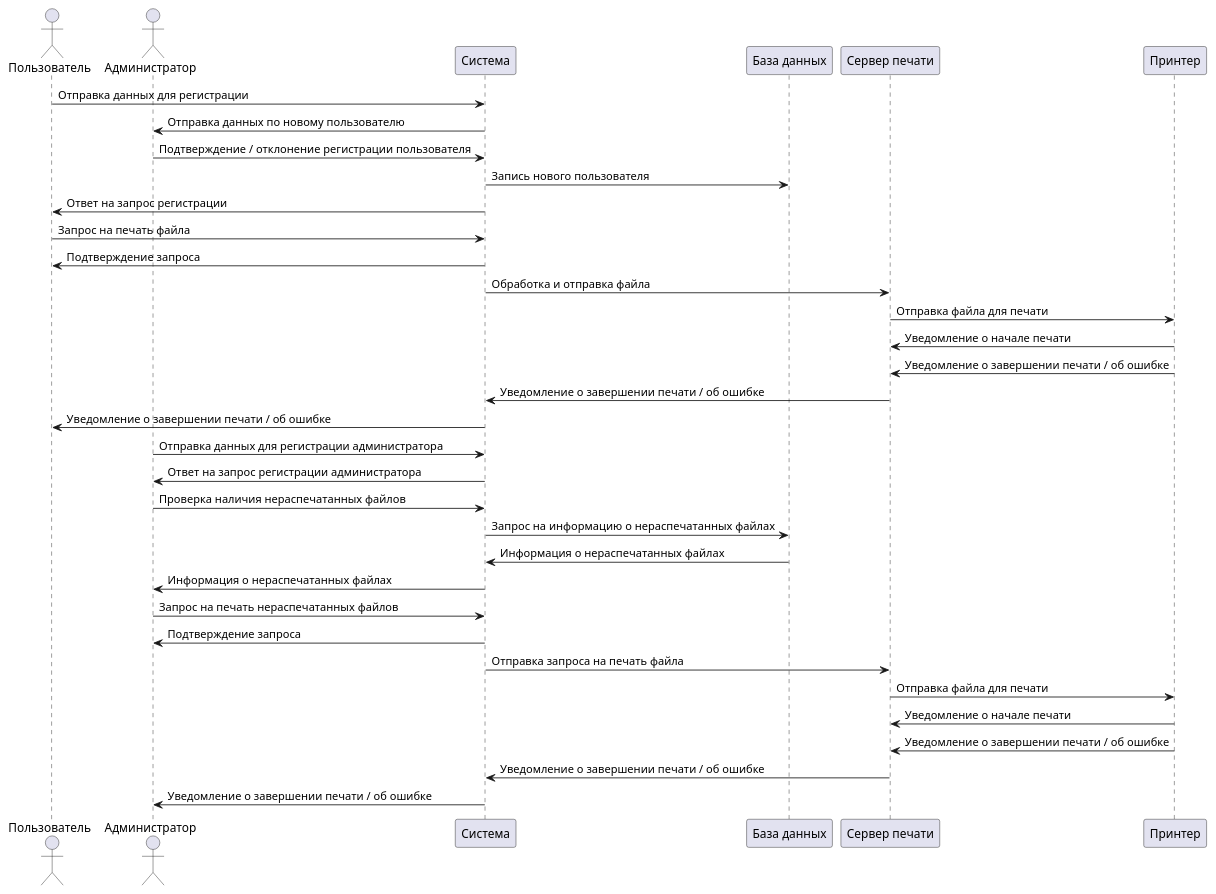
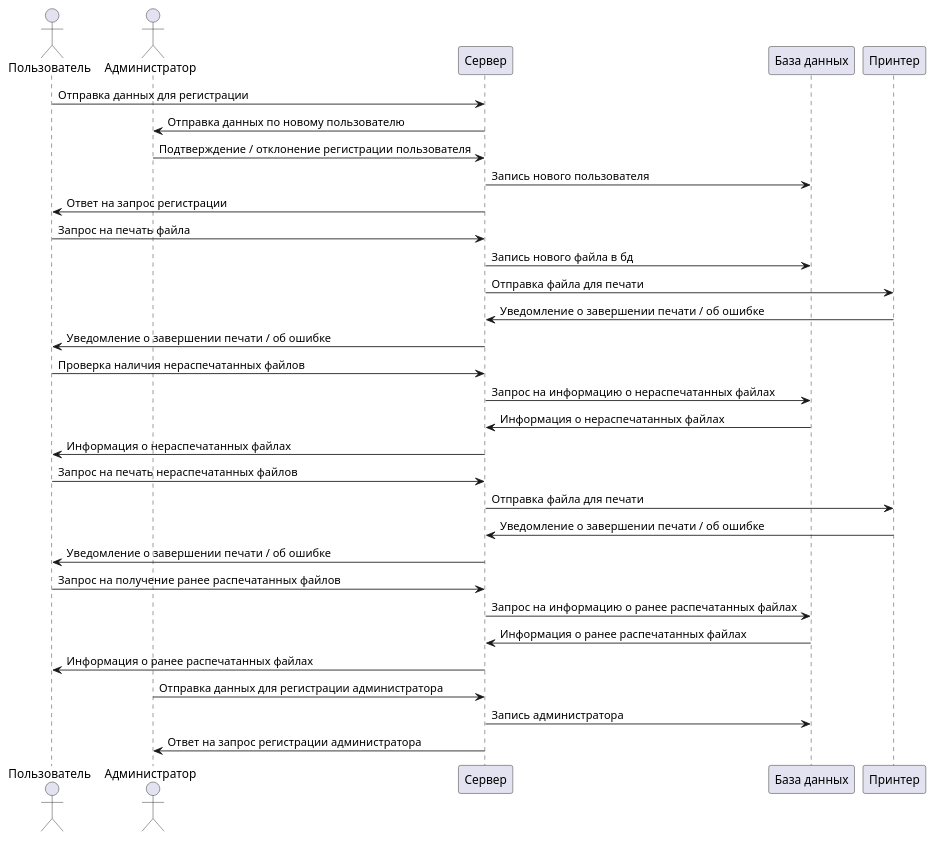
Before and after one commit to krup4/57project: the diagram in sequence.puml, drawn with PlantUML. The commit also changed 4 other files, not shown here.

Commit message:
fix diagrams

```diff
--- a/sequence.puml
+++ b/sequence.puml
@@ -1,40 +1,39 @@
 @startuml
 actor Пользователь
 actor Администратор
-participant Система
+participant "Сервер" as Server
 participant "База данных" as db
-participant "Сервер печати" as Server
 participant Принтер
 
-Пользователь -> Система : Отправка данных для регистрации
-Система -> Администратор : Отправка данных по новому пользователю
-Администратор -> Система : Подтверждение / отклонение регистрации пользователя
-Система -> db : Запись нового пользователя
-Система -> Пользователь : Ответ на запрос регистрации
+Пользователь -> Server : Отправка данных для регистрации
+Server -> Администратор : Отправка данных по новому пользователю
+Администратор -> Server : Подтверждение / отклонение регистрации пользователя
+Server -> db : Запись нового пользователя
+Server -> Пользователь : Ответ на запрос регистрации
 
-Пользователь -> Система : Запрос на печать файла
-Система -> Пользователь : Подтверждение запроса
-Система -> Server : Обработка и отправка файла
+Пользователь -> Server : Запрос на печать файла
+Server -> db : Запись нового файла в бд
 Server -> Принтер : Отправка файла для печати
-Принтер -> Server : Уведомление о начале печати
 Принтер -> Server : Уведомление о завершении печати / об ошибке
-Server -> Система : Уведомление о завершении печати / об ошибке
-Система -> Пользователь : Уведомление о завершении печати / об ошибке
+Server -> Пользователь : Уведомление о завершении печати / об ошибке
 
-Администратор -> Система : Отправка данных для регистрации администратора
-Система -> Администратор : Ответ на запрос регистрации администратора
+Пользователь -> Server : Проверка наличия нераспечатанных файлов
+Server -> db : Запрос на информацию о нераспечатанных файлах
+db -> Server : Информация о нераспечатанных файлах
+Server -> Пользователь : Информация о нераспечатанных файлах
 
-Администратор -> Система : Проверка наличия нераспечатанных файлов
-Система -> db : Запрос на информацию о нераспечатанных файлах
-db -> Система : Информация о нераспечатанных файлах
-Система -> Администратор : Информация о нераспечатанных файлах
+Пользователь -> Server : Запрос на печать нераспечатанных файлов
+Server -> Принтер : Отправка файла для печати
+Принтер -> Server : Уведомление о завершении печати / об ошибке
+Server -> Пользователь : Уведомление о завершении печати / об ошибке
 
-Администратор -> Система : Запрос на печать нераспечатанных файлов
-Система -> Администратор : Подтверждение запроса
-Система ->  Server : Отправка запроса на печать файла
-Server -> Принтер : Отправка файла для печати
-Принтер -> Server : Уведомление о начале печати
-Принтер -> Server : Уведомление о завершении печати / об ошибке
-Server -> Система : Уведомление о завершении печати / об ошибке
-Система -> Администратор : Уведомление о завершении печати / об ошибке
+Пользователь -> Server : Запрос на получение ранее распечатанных файлов
+Server -> db : Запрос на информацию о ранее распечатанных файлах
+db -> Server : Информация о ранее распечатанных файлах
+Server -> Пользователь : Информация о ранее распечатанных файлах
+
+Администратор -> Server : Отправка данных для регистрации администратора
+Server -> db : Запись администратора
+Server -> Администратор : Ответ на запрос регистрации администратора
+
 @enduml
```
